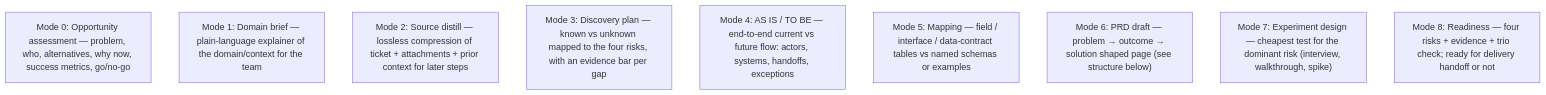
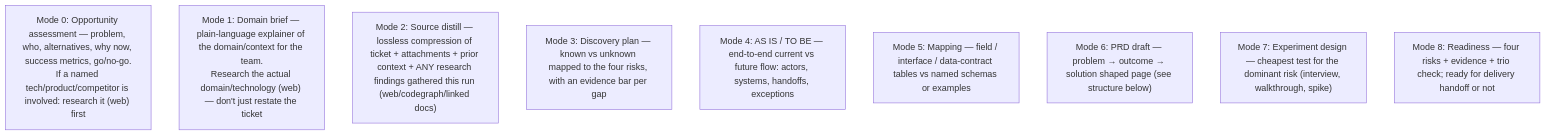
One commit to IstiN/dmtools-agents changed the diagram in instructions/discovery/modes.md. Above: the diagram before and after it, drawn with Mermaid. The commit also changed 5 other files, not shown here.

First line of the commit message:
Fix broken Confluence link + mandate actual investigation, not ticket echo

````diff
--- a/instructions/discovery/modes.md
+++ b/instructions/discovery/modes.md
@@ -1,12 +1,12 @@
 ```mermaid
 flowchart TD
-    M0["Mode 0: Opportunity assessment — problem, who, alternatives, why now, success metrics, go/no-go"]
-    M1["Mode 1: Domain brief — plain-language explainer of the domain/context for the team"]
-    M2["Mode 2: Source distill — lossless compression of ticket + attachments + prior context for later steps"]
+    M0["Mode 0: Opportunity assessment — problem, who, alternatives, why now, success metrics, go/no-go.<br/>If a named tech/product/competitor is involved: research it (web) first"]
+    M1["Mode 1: Domain brief — plain-language explainer of the domain/context for the team.<br/>Research the actual domain/technology (web) — don't just restate the ticket"]
+    M2["Mode 2: Source distill — lossless compression of ticket + attachments + prior context + ANY research findings gathered this run (web/codegraph/linked docs)"]
     M3["Mode 3: Discovery plan — known vs unknown mapped to the four risks, with an evidence bar per gap"]
     M4["Mode 4: AS IS / TO BE — end-to-end current vs future flow: actors, systems, handoffs, exceptions"]
     M5["Mode 5: Mapping — field / interface / data-contract tables vs named schemas or examples"]
     M6["Mode 6: PRD draft — problem → outcome → solution shaped page (see structure below)"]
     M7["Mode 7: Experiment design — cheapest test for the dominant risk (interview, walkthrough, spike)"]
     M8["Mode 8: Readiness — four risks + evidence + trio check; ready for delivery handoff or not"]
 ```
````
